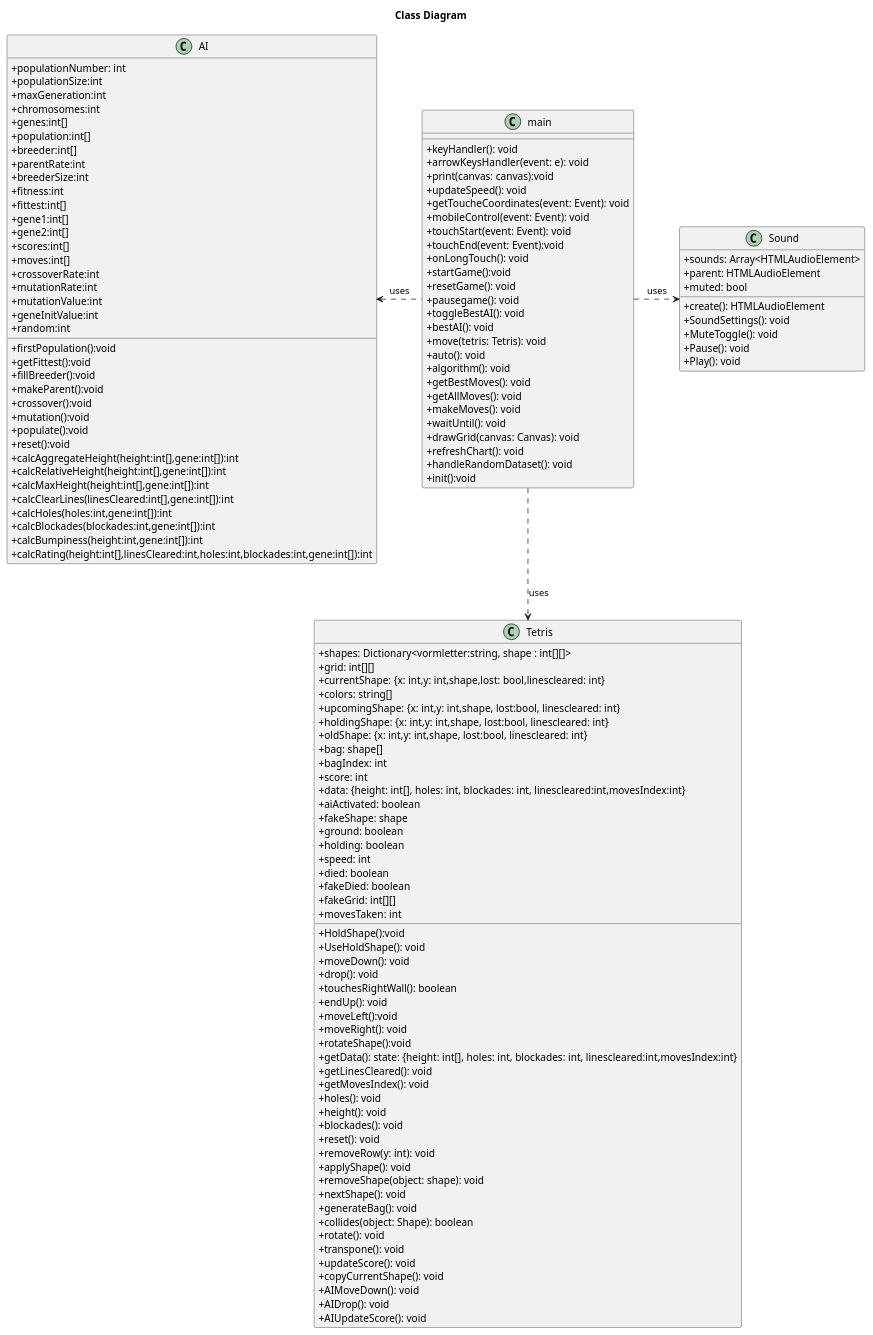
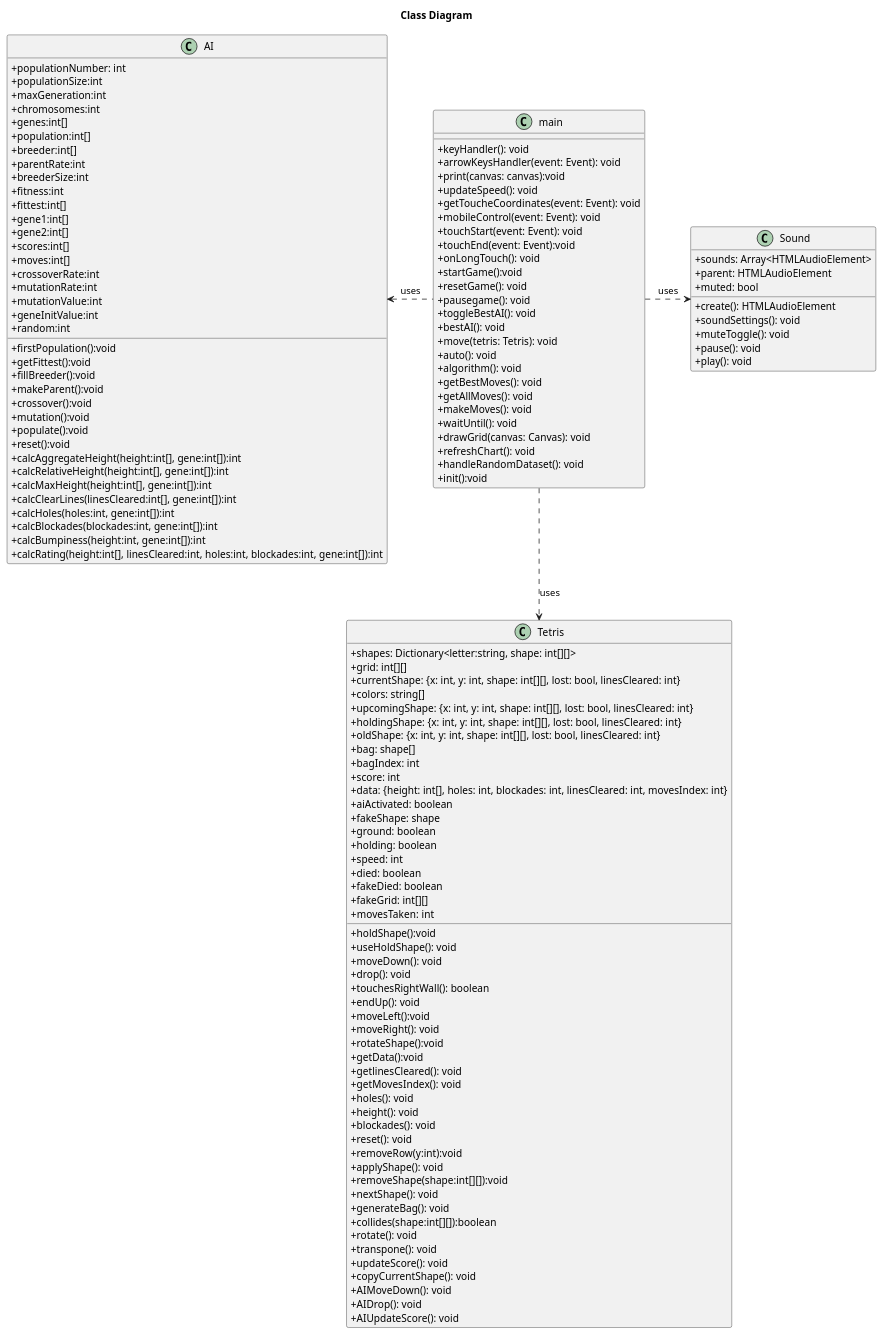
One commit to matissecallewaert/ai-tetris changed the diagram in Analyse/Class.puml. Above: the diagram before and after it, drawn with PlantUML. The commit also changed 4 other files, not shown here.

```diff
--- a/Analyse/Class.puml
+++ b/Analyse/Class.puml
@@ -1,138 +1,137 @@
 @startuml klassediagram tetrisAI
 
 title ==Class Diagram==
 
 skinparam ClassAttributeIconSize 0
 class Tetris{
-    +shapes: Dictionary<vormletter:string, shape : int[][]>
+    +shapes: Dictionary<letter:string, shape: int[][]>
     +grid: int[][]
-    +currentShape: {x: int,y: int,shape,lost: bool,linescleared: int}
+    +currentShape: {x: int, y: int, shape: int[][], lost: bool, linesCleared: int}
     +colors: string[]
-    +upcomingShape: {x: int,y: int,shape, lost:bool, linescleared: int}
-    +holdingShape: {x: int,y: int,shape, lost:bool, linescleared: int}
-    +oldShape: {x: int,y: int,shape, lost:bool, linescleared: int}
+    +upcomingShape: {x: int, y: int, shape: int[][], lost: bool, linesCleared: int}
+    +holdingShape: {x: int, y: int, shape: int[][], lost: bool, linesCleared: int}
+    +oldShape: {x: int, y: int, shape: int[][], lost: bool, linesCleared: int}
     +bag: shape[]
     +bagIndex: int
     +score: int
-    +data: {height: int[], holes: int, blockades: int, linescleared:int,movesIndex:int}
+    +data: {height: int[], holes: int, blockades: int, linesCleared: int, movesIndex: int}
     +aiActivated: boolean
     +fakeShape: shape
     +ground: boolean
     +holding: boolean   
     +speed: int
     +died: boolean
     +fakeDied: boolean
     +fakeGrid: int[][]
-    +HoldShape():void
-    +UseHoldShape(): void
+    +holdShape():void
+    +useHoldShape(): void
     +movesTaken: int
     +moveDown(): void
     +drop(): void
     +touchesRightWall(): boolean
     +endUp(): void
     +moveLeft():void
     +moveRight(): void
     +rotateShape():void
-    +getData(): state: {height: int[], holes: int, blockades: int, linescleared:int,movesIndex:int}
-    +getLinesCleared(): void
+    +getData():void
+    +getlinesCleared(): void
     +getMovesIndex(): void
     +holes(): void
     +height(): void
     +blockades(): void
     +reset(): void
-    +removeRow(y: int): void
+    +removeRow(y:int):void
     +applyShape(): void
-    +removeShape(object: shape): void
+    +removeShape(shape:int[][]):void
     +nextShape(): void
     +generateBag(): void
-    +collides(object: Shape): boolean
+    +collides(shape:int[][]):boolean
     +rotate(): void
     +transpone(): void
     +updateScore(): void
     +copyCurrentShape(): void
     +AIMoveDown(): void
     +AIDrop(): void
     +AIUpdateScore(): void
 }
 class AI{
     +populationNumber: int
     +populationSize:int
     +maxGeneration:int
     +chromosomes:int
     +genes:int[]
     +population:int[]
     +breeder:int[]
     +parentRate:int
     +breederSize:int
     +fitness:int
     +fittest:int[]
     +gene1:int[]
     +gene2:int[]
     +scores:int[]
     +moves:int[]
     +crossoverRate:int
     +mutationRate:int
     +mutationValue:int
     +geneInitValue:int
     +random:int
     +firstPopulation():void
     +getFittest():void
     +fillBreeder():void
     +makeParent():void
     +crossover():void
     +mutation():void
     +populate():void
     +reset():void
-    +calcAggregateHeight(height:int[],gene:int[]):int
-    +calcRelativeHeight(height:int[],gene:int[]):int
-    +calcMaxHeight(height:int[],gene:int[]):int
-    +calcClearLines(linesCleared:int[],gene:int[]):int
-    +calcHoles(holes:int,gene:int[]):int
-    +calcBlockades(blockades:int,gene:int[]):int
-    +calcBumpiness(height:int,gene:int[]):int
-    +calcRating(height:int[],linesCleared:int,holes:int,blockades:int,gene:int[]):int
+    +calcAggregateHeight(height:int[], gene:int[]):int
+    +calcRelativeHeight(height:int[], gene:int[]):int
+    +calcMaxHeight(height:int[], gene:int[]):int
+    +calcClearLines(linesCleared:int[], gene:int[]):int
+    +calcHoles(holes:int, gene:int[]):int
+    +calcBlockades(blockades:int, gene:int[]):int
+    +calcBumpiness(height:int, gene:int[]):int
+    +calcRating(height:int[], linesCleared:int, holes:int, blockades:int, gene:int[]):int
 }
 class main{
     +keyHandler(): void
-    +arrowKeysHandler(event: e): void
+    +arrowKeysHandler(event: Event): void
     +print(canvas: canvas):void
     +updateSpeed(): void
     +getToucheCoordinates(event: Event): void
     +mobileControl(event: Event): void
     +touchStart(event: Event): void
     +touchEnd(event: Event):void
     +onLongTouch(): void
     +startGame():void
     +resetGame(): void
     +pausegame(): void
     +toggleBestAI(): void
     +bestAI(): void
     +move(tetris: Tetris): void
     +auto(): void
     +algorithm(): void
     +getBestMoves(): void
     +getAllMoves(): void
     +makeMoves(): void
     +waitUntil(): void
     +drawGrid(canvas: Canvas): void
     +refreshChart(): void
     +handleRandomDataset(): void
     +init():void
 }
 
 class Sound{
     +sounds: Array<HTMLAudioElement>
     +parent: HTMLAudioElement
     +muted: bool
     +create(): HTMLAudioElement
-    +SoundSettings(): void
-    +MuteToggle(): void
-    +Pause(): void
-    +Play(): void
+    +soundSettings(): void
+    +muteToggle(): void
+    +pause(): void
+    +play(): void
 }
 
 main .down.> Tetris: uses
 main .right.> Sound: uses
 main .left.> AI: uses
-/' AI .down.> Tetris: uses '/
 @enduml
```
